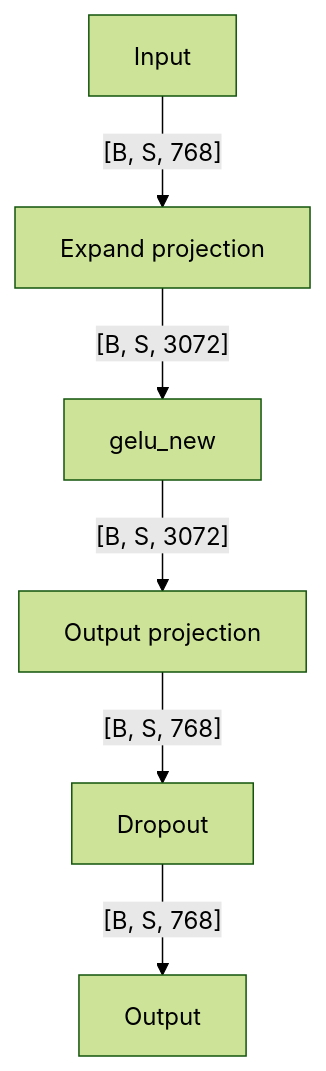
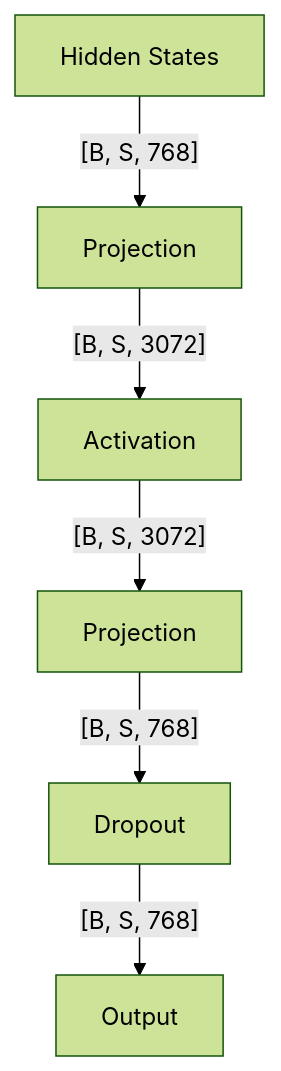
One commit to pranavsinghpatil/model-anatomy changed the diagram in output/gpt2/feed_forward.mmd. Above: the diagram before and after it, drawn with Mermaid (forest theme). The commit also changed 27 other files, not shown here.

```diff
--- a/output/gpt2/feed_forward.mmd
+++ b/output/gpt2/feed_forward.mmd
@@ -1,12 +1,12 @@
 flowchart TD
-    n0["Input"]
-    n1["Expand projection"]
-    n2["gelu_new"]
-    n3["Output projection"]
+    n0["Hidden States"]
+    n1["Projection"]
+    n2["Activation"]
+    n3["Projection"]
     n4["Dropout"]
     n5["Output"]
     n0 -->|"[B, S, 768]"| n1
     n1 -->|"[B, S, 3072]"| n2
     n2 -->|"[B, S, 3072]"| n3
     n3 -->|"[B, S, 768]"| n4
     n4 -->|"[B, S, 768]"| n5
```
